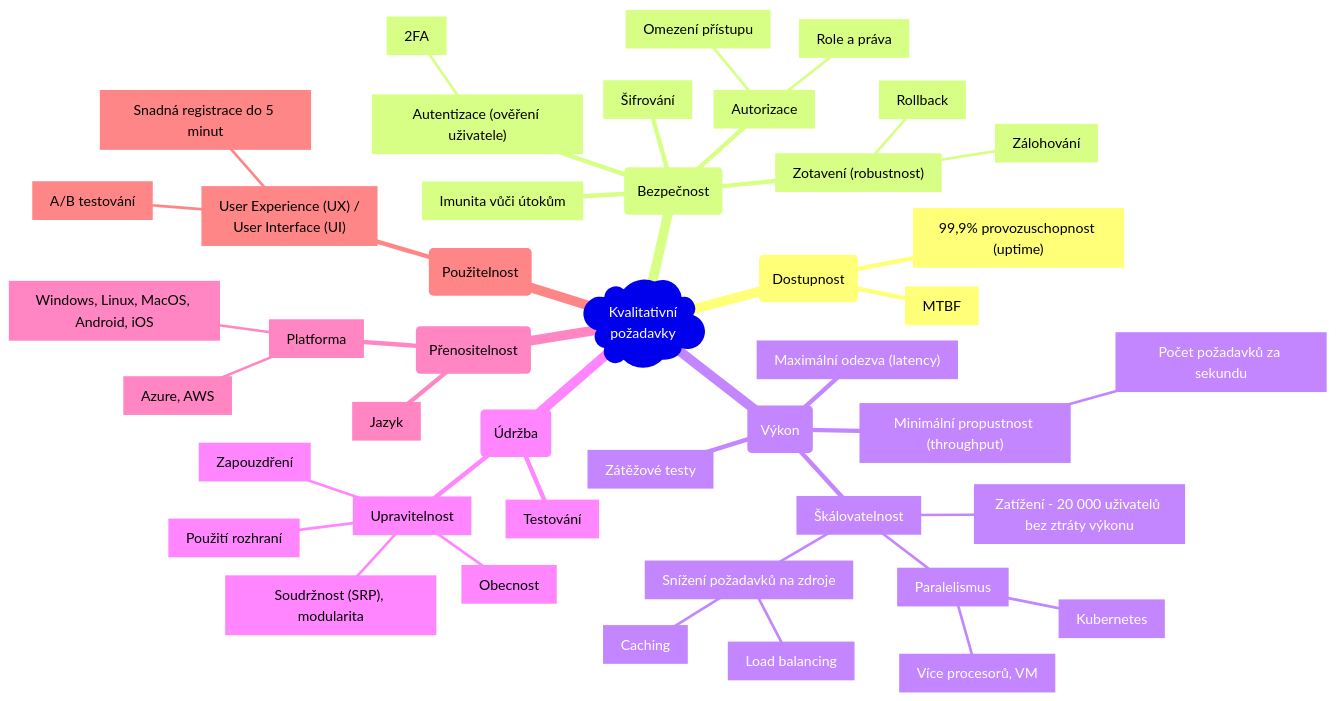
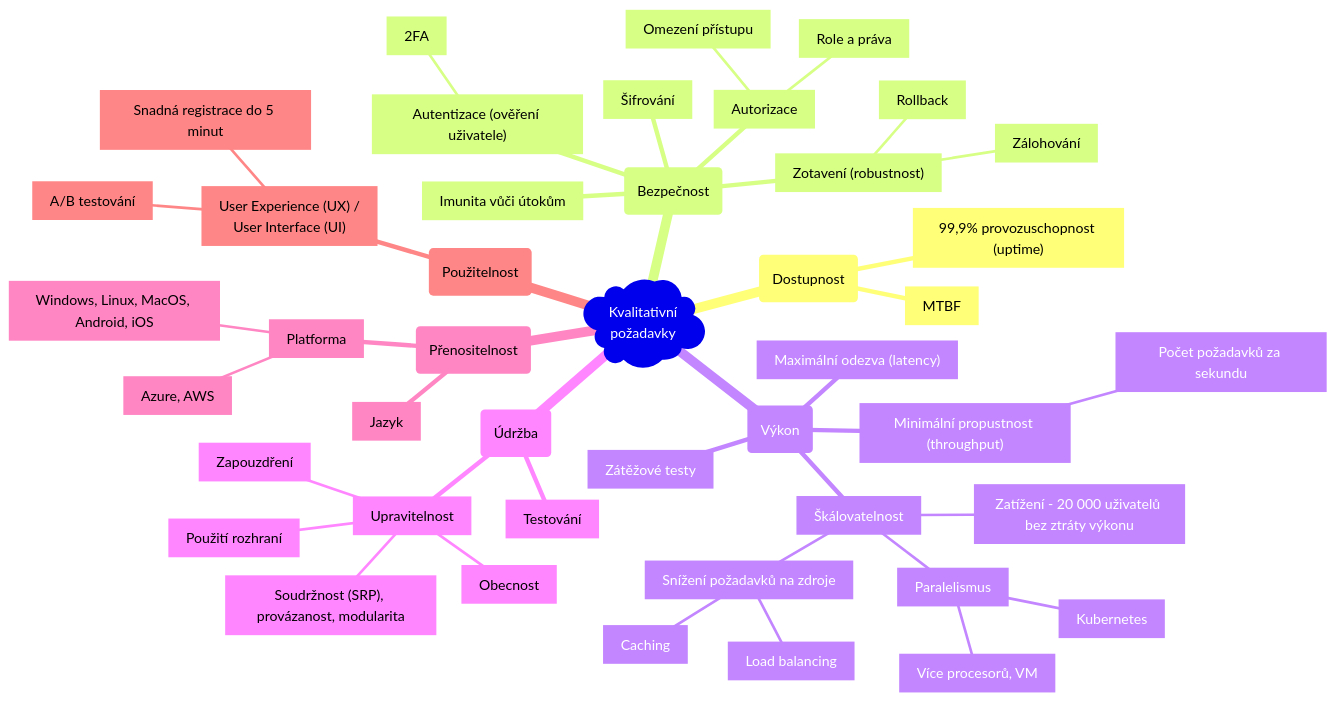
Before and after one commit to matejfric/mdbook: the seventh of 18 diagrams in src/it/software_engineering.md, drawn with Mermaid. The commit also changed other lines of this file and 4 other files, not shown here.

````diff
--- a/src/it/software_engineering.md
+++ b/src/it/software_engineering.md
@@ -272,49 +275,49 @@
 ```mermaid
 mindmap
   root )"""Kvalitativní
   požadavky""")
     (Dostupnost)
         ["99,9% provozuschopnost (uptime)"]
         [MTBF]
     (Bezpečnost)
         ["Autentizace (ověření uživatele)"]
             [2FA]
         [Autorizace]
             [Role a práva]
             [Omezení přístupu]
         [Šifrování]
         [Imunita vůči útokům]
         ["Zotavení (robustnost)"]
             [Rollback]
             [Zálohování]
     (Výkon)
         ["Minimální propustnost (throughput)"]
             [Počet požadavků za sekundu]
         ["Maximální odezva (latency)"]
         [Škálovatelnost]
             [Zatížení - 20 000 uživatelů bez ztráty výkonu]
             [Paralelismus]
                 [Kubernetes]
                 [Více procesorů, VM]
             [Snížení požadavků na zdroje]
                 [Caching]
                 [Load balancing]
         [Zátěžové testy]
     (Údržba)
         [Upravitelnost]
             [Zapouzdření]
             [Obecnost]
             [Použití rozhraní]
-            ["Soudržnost (SRP), modularita"]
+            ["Soudržnost (SRP), provázanost, modularita"]
         [Testování]
     (Přenositelnost)
         [Platforma]
             [Windows, Linux, MacOS, Android, iOS]
             [Azure, AWS]
         [Jazyk]
     (Použitelnost)
         ["""User Experience (UX) /
         User Interface (UI)"""]
             [A/B testování]
             ["Snadná registrace do 5 minut"]
 ```
````
